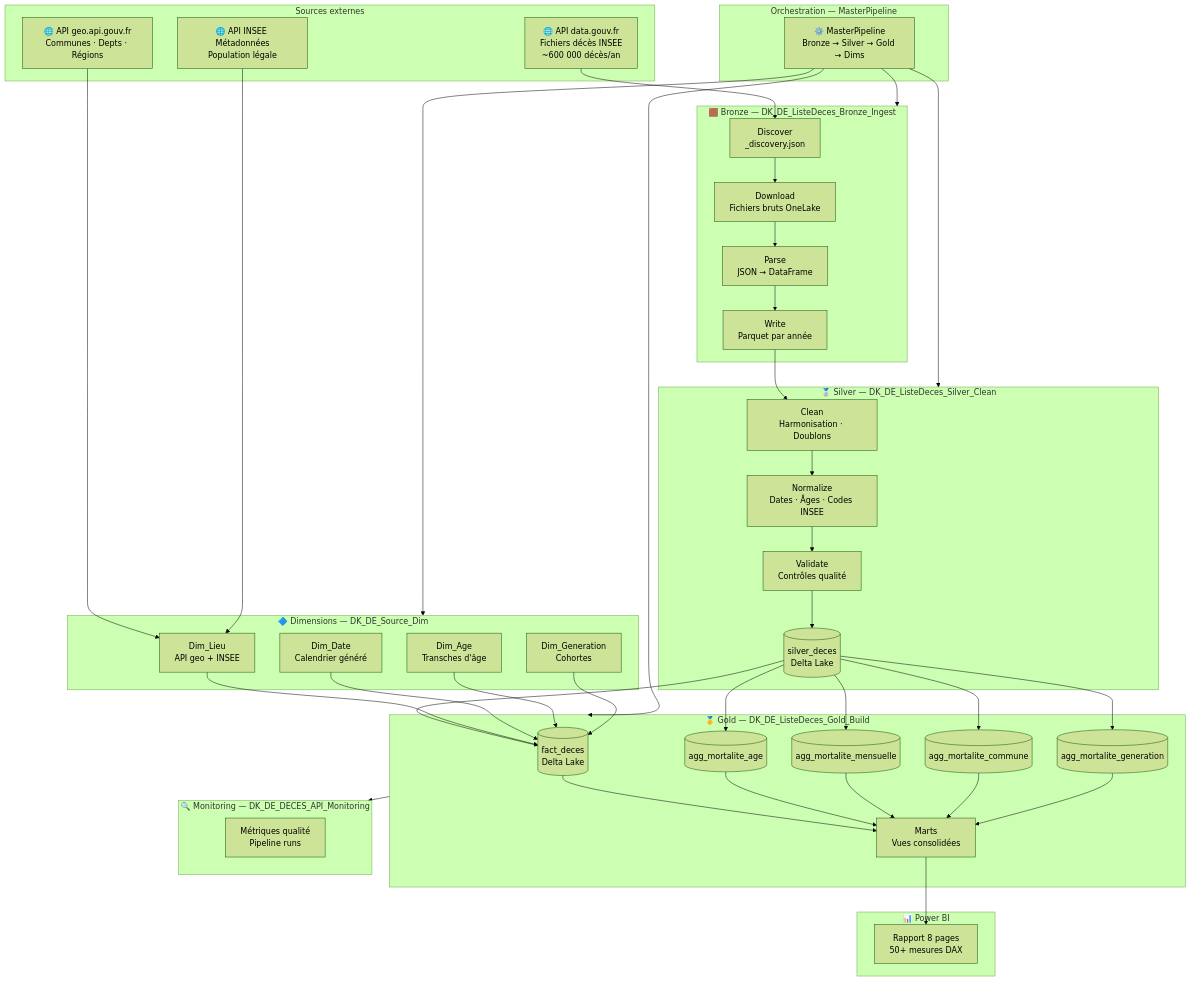
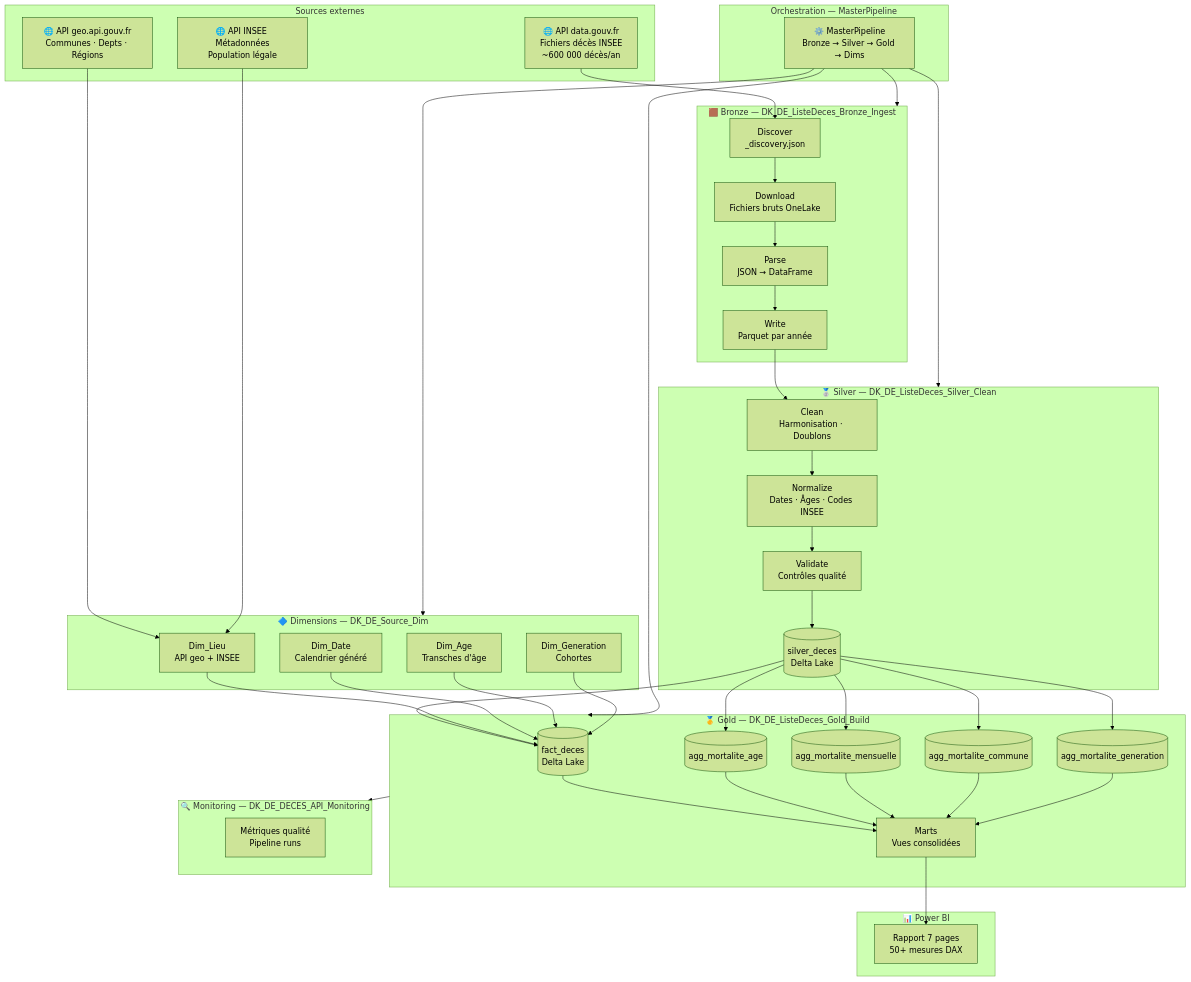
One commit to debassanek/DK-DE-DECES-Fabric-Architecture changed the diagram in docs/architecture.md. Above: the diagram before and after it, drawn with Mermaid (forest theme).

Commit message:
Update architecture.md
Modification nombre pages Pbi

````diff
--- a/docs/architecture.md
+++ b/docs/architecture.md
@@ -11,71 +11,71 @@
 ```mermaid
 flowchart TD
     subgraph SOURCES["Sources externes"]
         A1["🌐 API data.gouv.fr\nFichiers décès INSEE\n~600 000 décès/an"]
         A2["🌐 API geo.api.gouv.fr\nCommunes · Depts · Régions"]
         A3["🌐 API INSEE Métadonnées\nPopulation légale"]
     end
 
     subgraph ORCHESTRATION["Orchestration — MasterPipeline"]
         M["⚙️ MasterPipeline\nBronze → Silver → Gold → Dims"]
     end
 
     subgraph BRONZE["🟫 Bronze — DK_DE_ListeDeces_Bronze_Ingest"]
         B1["Discover\n_discovery.json"]
         B2["Download\nFichiers bruts OneLake"]
         B3["Parse\nJSON → DataFrame"]
         B4["Write\nParquet par année"]
         B1 --> B2 --> B3 --> B4
     end
 
     subgraph SILVER["🥈 Silver — DK_DE_ListeDeces_Silver_Clean"]
         S1["Clean\nHarmonisation · Doublons"]
         S2["Normalize\nDates · Âges · Codes INSEE"]
         S3["Validate\nContrôles qualité"]
         S4[("silver_deces\nDelta Lake")]
         S1 --> S2 --> S3 --> S4
     end
 
     subgraph DIMS["🔷 Dimensions — DK_DE_Source_Dim"]
         D1["Dim_Lieu\nAPI geo + INSEE"]
         D2["Dim_Date\nCalendrier généré"]
         D3["Dim_Age\nTransches d'âge"]
         D4["Dim_Generation\nCohortes"]
         D1 & D2 & D3 & D4
     end
 
     subgraph GOLD["🥇 Gold — DK_DE_ListeDeces_Gold_Build"]
         G1[("fact_deces\nDelta Lake")]
         G2[("agg_mortalite_age")]
         G3[("agg_mortalite_mensuelle")]
         G4[("agg_mortalite_commune")]
         G5[("agg_mortalite_generation")]
         G6["Marts\nVues consolidées"]
     end
 
     subgraph BI["📊 Power BI"]
-        P1["Rapport 8 pages\n50+ mesures DAX"]
+        P1["Rapport 7 pages\n50+ mesures DAX"]
     end
 
     subgraph MONITORING["🔍 Monitoring — DK_DE_DECES_API_Monitoring"]
         MON["Métriques qualité\nPipeline runs"]
     end
 
     A1 --> B1
     A2 --> D1
     A3 --> D1
     M --> BRONZE
     M --> SILVER
     M --> GOLD
     M --> DIMS
     B4 --> S1
     S4 --> G1
     S4 --> G2
     S4 --> G3
     S4 --> G4
     S4 --> G5
     G1 & G2 & G3 & G4 & G5 --> G6
     D1 & D2 & D3 & D4 --> G1
     G6 --> P1
     GOLD --> MONITORING
 ```
````
